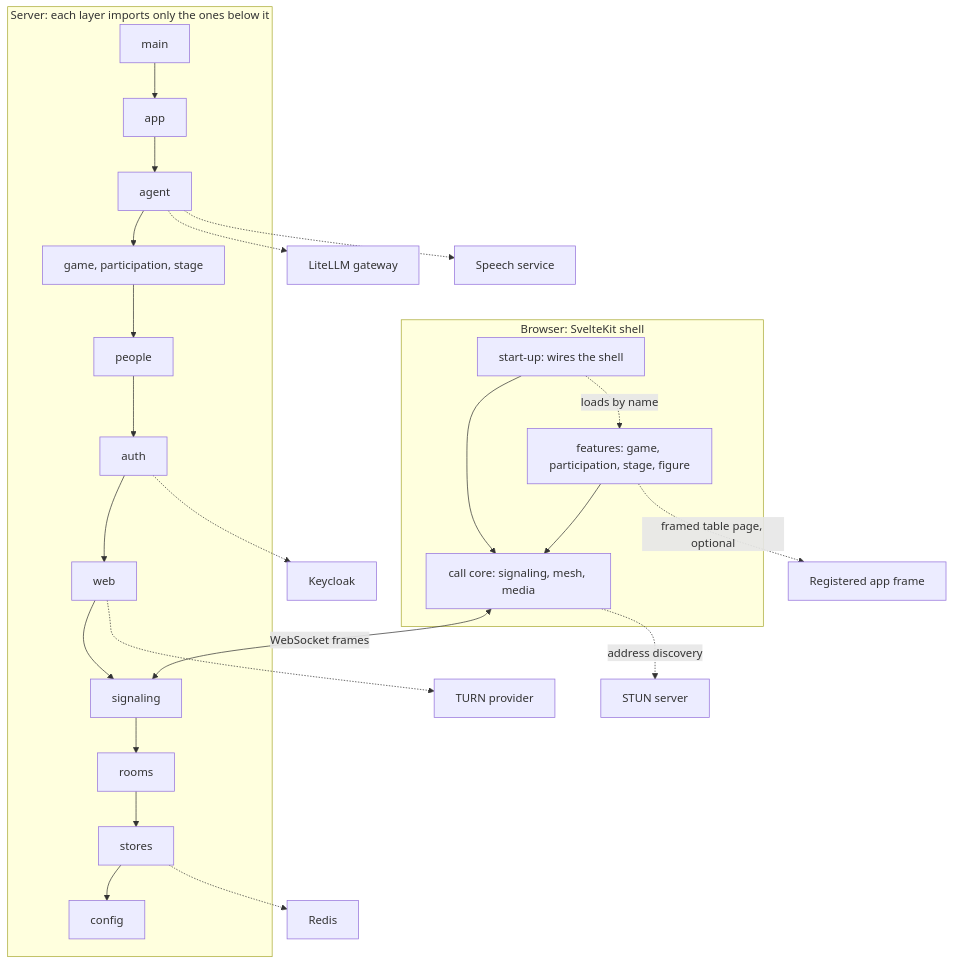
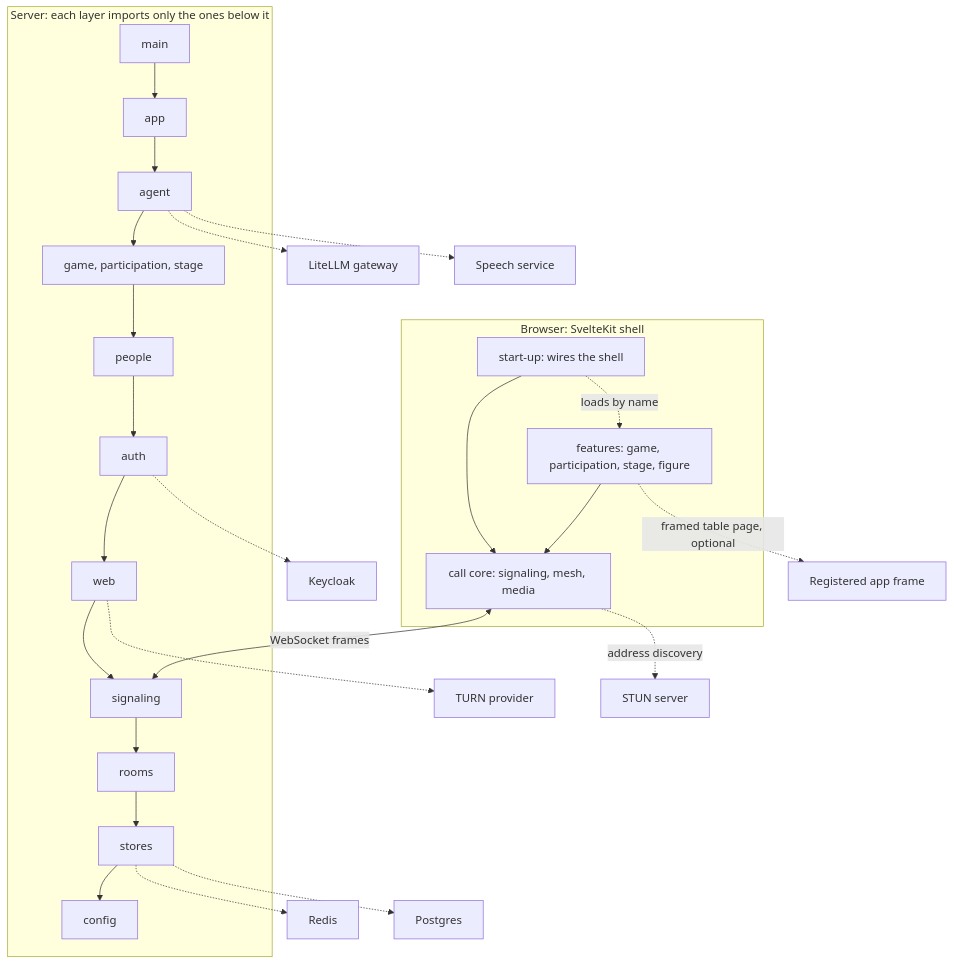
One commit to overnightworks/hopin changed the second of 4 diagrams in docs/ARCHITECTURE.md. Above: the diagram before and after it, drawn with Mermaid. The commit also changed other lines of this file and 26 other files, not shown here.

````diff
--- a/docs/ARCHITECTURE.md
+++ b/docs/ARCHITECTURE.md
@@ -35,20 +35,21 @@
 ```mermaid
 flowchart TB
     subgraph browser["Browser: SvelteKit shell"]
         shell["start-up: wires the shell"] --> core["call core: signaling, mesh, media"]
         shell -. "loads by name" .-> feats["features: game, participation, stage, figure"]
         feats --> core
     end
     core <-- "WebSocket frames" --> sig
     core -. "address discovery" .-> ST[STUN server]
     feats -. "framed table page, optional" .-> SK[Registered app frame]
     subgraph server["Server: each layer imports only the ones below it"]
         main --> app --> agent --> features --> people --> auth --> web --> sig[signaling] --> rooms --> stores --> config
         features["game, participation, stage"]
     end
     auth -.-> KC[Keycloak]
     stores -.-> RD[Redis]
+    stores -.-> PG[Postgres]
     agent -.-> LL[LiteLLM gateway]
     agent -.-> SP[Speech service]
     web -.-> TU[TURN provider]
 ```
````
